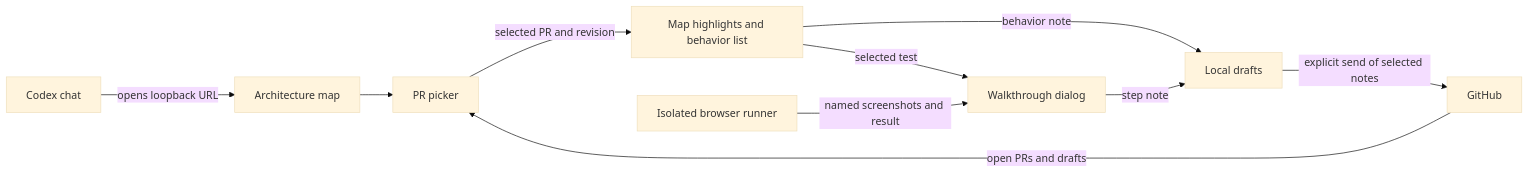
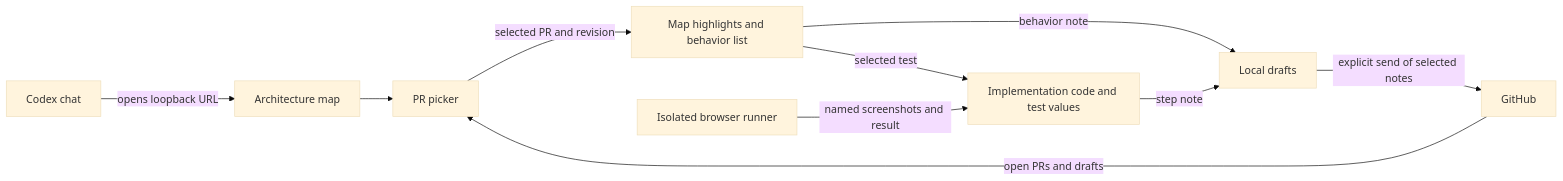
One commit to lycho33/Terminology changed the diagram in docs/skill-graph/visual-pr-reviewer.md. Above: the diagram before and after it, drawn with Mermaid (base theme). The commit also changed other lines of this file and 10 other files, not shown here.

Commit message:
Walk through implementation code with test fixture values

```diff
--- a/docs/skill-graph/visual-pr-reviewer.md
+++ b/docs/skill-graph/visual-pr-reviewer.md
@@ -24,12 +24,12 @@
 ~~~mermaid
 flowchart LR
     chat["Codex chat"] -->|"opens loopback URL"| map["Architecture map"]
     github["GitHub"] -->|"open PRs and drafts"| picker["PR picker"]
     map --> picker
     picker -->|"selected PR and revision"| view["Map highlights and behavior list"]
-    view -->|"selected test"| steps["Walkthrough dialog"]
+    view -->|"selected test"| steps["Implementation code and test values"]
     runner["Isolated browser runner"] -->|"named screenshots and result"| steps
     view -->|"behavior note"| drafts["Local drafts"]
     steps -->|"step note"| drafts
     drafts -->|"explicit send of selected notes"| github
 ~~~
```
